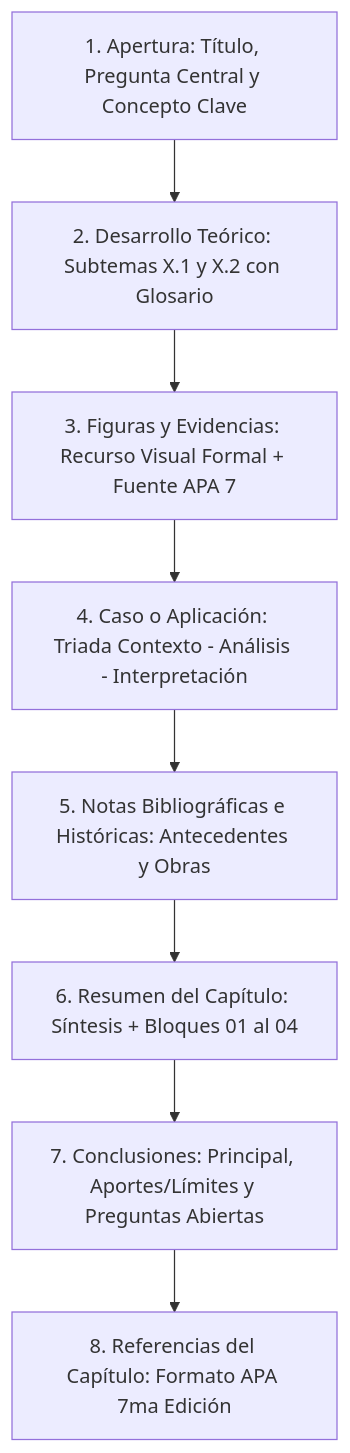
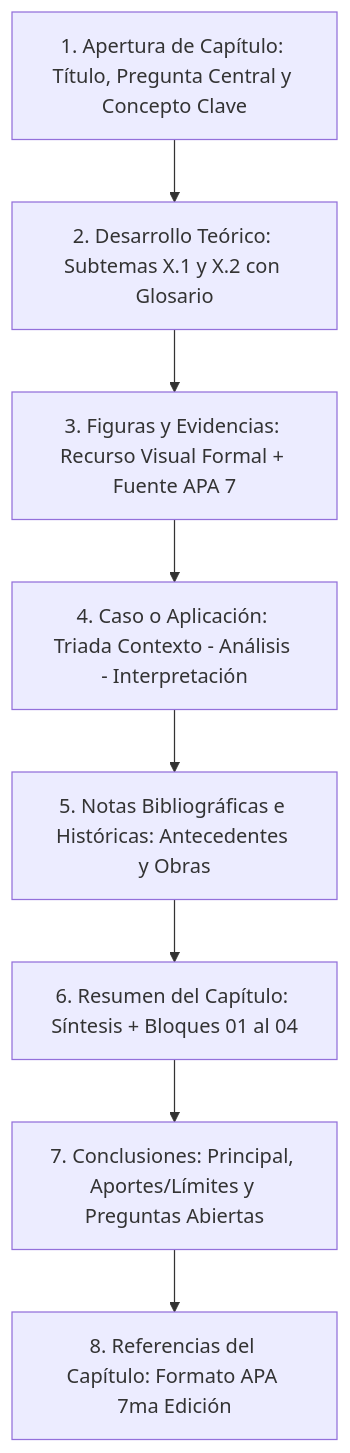
The first of 2 diagrams in AGENTS.md (gerardosky23/ia-aplicada-libro), drawn with Mermaid before and after one commit. The commit also changed other lines of this file and 2 other files, not shown here.

````diff
--- a/AGENTS.md
+++ b/AGENTS.md
@@ -54,10 +64,10 @@
 ```mermaid
-graph TD
-    A["1. Apertura: Título, Pregunta Central y Concepto Clave"] --> B["2. Desarrollo Teórico: Subtemas X.1 y X.2 con Glosario"]
+flowchart TD
+    A["1. Apertura de Capítulo: Título, Pregunta Central y Concepto Clave"] --> B["2. Desarrollo Teórico: Subtemas X.1 y X.2 con Glosario"]
     B --> C["3. Figuras y Evidencias: Recurso Visual Formal + Fuente APA 7"]
     C --> D["4. Caso o Aplicación: Triada Contexto - Análisis - Interpretación"]
     D --> E["5. Notas Bibliográficas e Históricas: Antecedentes y Obras"]
     E --> F["6. Resumen del Capítulo: Síntesis + Bloques 01 al 04"]
     F --> G["7. Conclusiones: Principal, Aportes/Límites y Preguntas Abiertas"]
     G --> H["8. Referencias del Capítulo: Formato APA 7ma Edición"]
 ```
````
